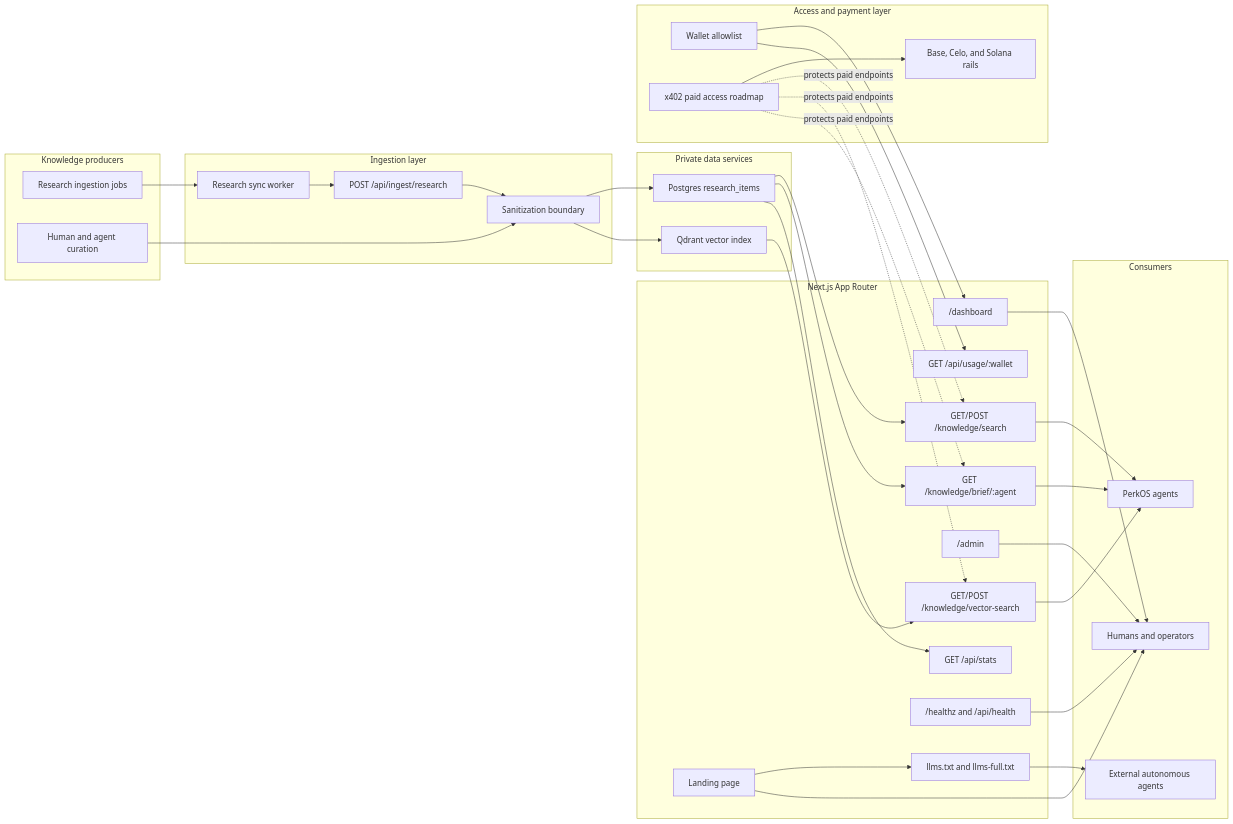
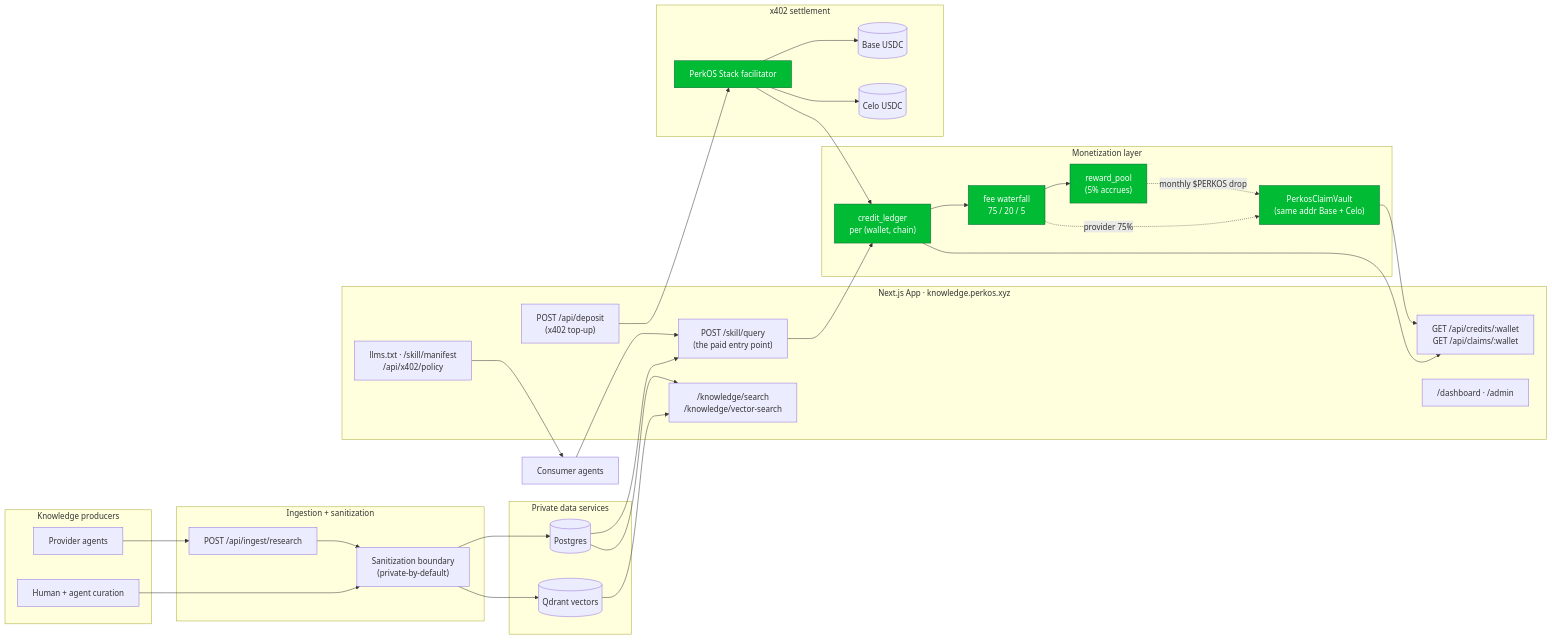
Before and after one commit to PerkOS-xyz/PerkOS-Knowledge: the first of 3 diagrams in README.md, drawn with Mermaid. The commit also changed other lines of this file and 1 other file, not shown here.

First line of the commit message:
docs: rewrite README + refresh llms.txt for the current solution (#37)

````diff
--- a/README.md
+++ b/README.md
@@ -18,70 +16,62 @@
 ```mermaid
 flowchart LR
   subgraph Producers["Knowledge producers"]
-    ResearchJobs["Research ingestion jobs"]
-    Curators["Human and agent curation"]
+    PA["Provider agents"]
+    Cur["Human + agent curation"]
   end
 
-  subgraph Ingest["Ingestion layer"]
-    Sync["Research sync worker"]
-    IngestAPI["POST /api/ingest/research"]
-    Sanitizer["Sanitization boundary"]
+  subgraph Ingest["Ingestion + sanitization"]
+    Ing["POST /api/ingest/research"]
+    San["Sanitization boundary<br/>(private-by-default)"]
   end
 
-  subgraph App["Next.js App Router"]
-    Landing["Landing page"]
-    Search["GET/POST /knowledge/search"]
-    Vector["GET/POST /knowledge/vector-search"]
-    Briefs["GET /knowledge/brief/:agent"]
-    Dashboard["/dashboard"]
-    Admin["/admin"]
-    Usage["GET /api/usage/:wallet"]
-    Stats["GET /api/stats"]
-    Health["/healthz and /api/health"]
-    LLM["llms.txt and llms-full.txt"]
+  subgraph App["Next.js App · knowledge.perkos.xyz"]
+    Q["POST /skill/query<br/>(the paid entry point)"]
+    Srch["/knowledge/search<br/>/knowledge/vector-search"]
+    Dep["POST /api/deposit<br/>(x402 top-up)"]
+    Acct["GET /api/credits/:wallet<br/>GET /api/claims/:wallet"]
+    UI["/dashboard · /admin"]
+    Contract["llms.txt · /skill/manifest<br/>/api/x402/policy"]
   end
 
   subgraph Data["Private data services"]
-    Postgres["Postgres research_items"]
-    Qdrant["Qdrant vector index"]
+    PG[("Postgres")]
+    QD[("Qdrant vectors")]
   end
 
-  subgraph Access["Access and payment layer"]
-    WalletGate["Wallet allowlist"]
-    X402["x402 paid access roadmap"]
-    Rails["Base, Celo, and Solana rails"]
+  subgraph Money["Monetization layer"]
+    Ledger["credit_ledger<br/>per (wallet, chain)"]
+    Water["fee waterfall<br/>75 / 20 / 5"]
+    Pool["reward_pool<br/>(5% accrues)"]
+    Vault["PerkosClaimVault<br/>(same addr Base + Celo)"]
   end
 
-  subgraph Consumers["Consumers"]
-    InternalAgents["PerkOS agents"]
-    ExternalAgents["External autonomous agents"]
-    Humans["Humans and operators"]
+  subgraph Rails["x402 settlement"]
+    Stack["PerkOS Stack facilitator"]
+    Base[("Base USDC")]
+    Celo[("Celo USDC")]
   end
 
-  ResearchJobs --> Sync --> IngestAPI --> Sanitizer
-  Curators --> Sanitizer
-  Sanitizer --> Postgres
-  Sanitizer --> Qdrant
+  PA --> Ing --> San
+  Cur --> San
+  San --> PG & QD
 
-  Postgres --> Search
-  Postgres --> Briefs
-  Postgres --> Stats
-  Qdrant --> Vector
+  PG --> Q & Srch
+  QD --> Srch
 
-  Landing --> LLM
-  WalletGate --> Dashboard
-  WalletGate --> Usage
-  X402 --> Rails
-  X402 -. protects paid endpoints .-> Search
-  X402 -. protects paid endpoints .-> Vector
-  X402 -. protects paid endpoints .-> Briefs
+  Consumers["Consumer agents"] --> Q
+  Contract --> Consumers
 
-  Search --> InternalAgents
-  Vector --> InternalAgents
-  Briefs --> InternalAgents
-  LLM --> ExternalAgents
-  Landing --> Humans
-  Dashboard --> Humans
-  Admin --> Humans
-  Health --> Humans
+  Q --> Ledger --> Water
+  Water --> Pool
+  Dep --> Stack --> Base & Celo
+  Stack --> Ledger
+
+  Water -.->|"provider 75%"| Vault
+  Pool -.->|"monthly $PERKOS drop"| Vault
+  Vault --> Acct
+  Ledger --> Acct
+
+  classDef money fill:#0b3,stroke:#063,color:#fff;
+  class Ledger,Water,Pool,Vault,Stack money;
 ```
````
